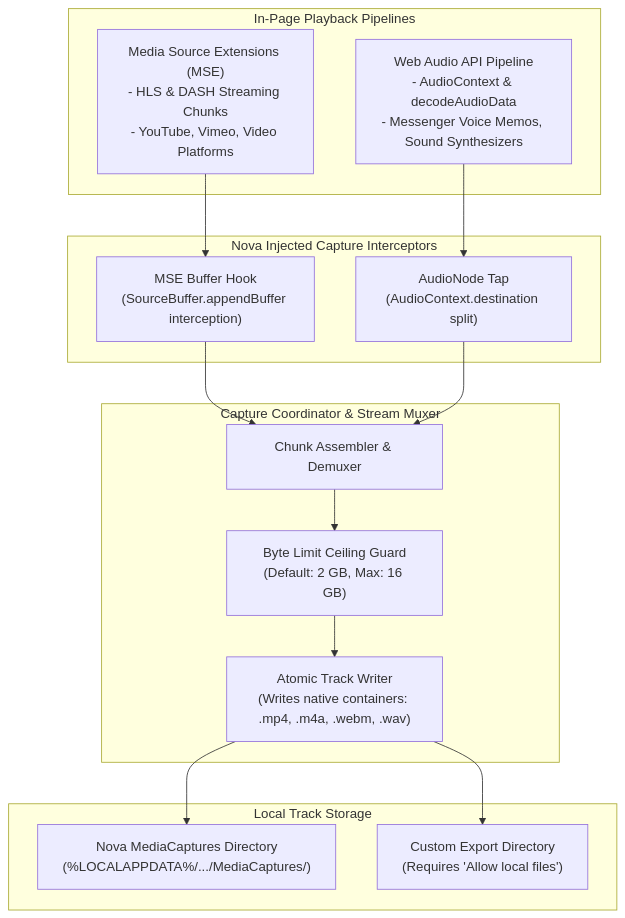
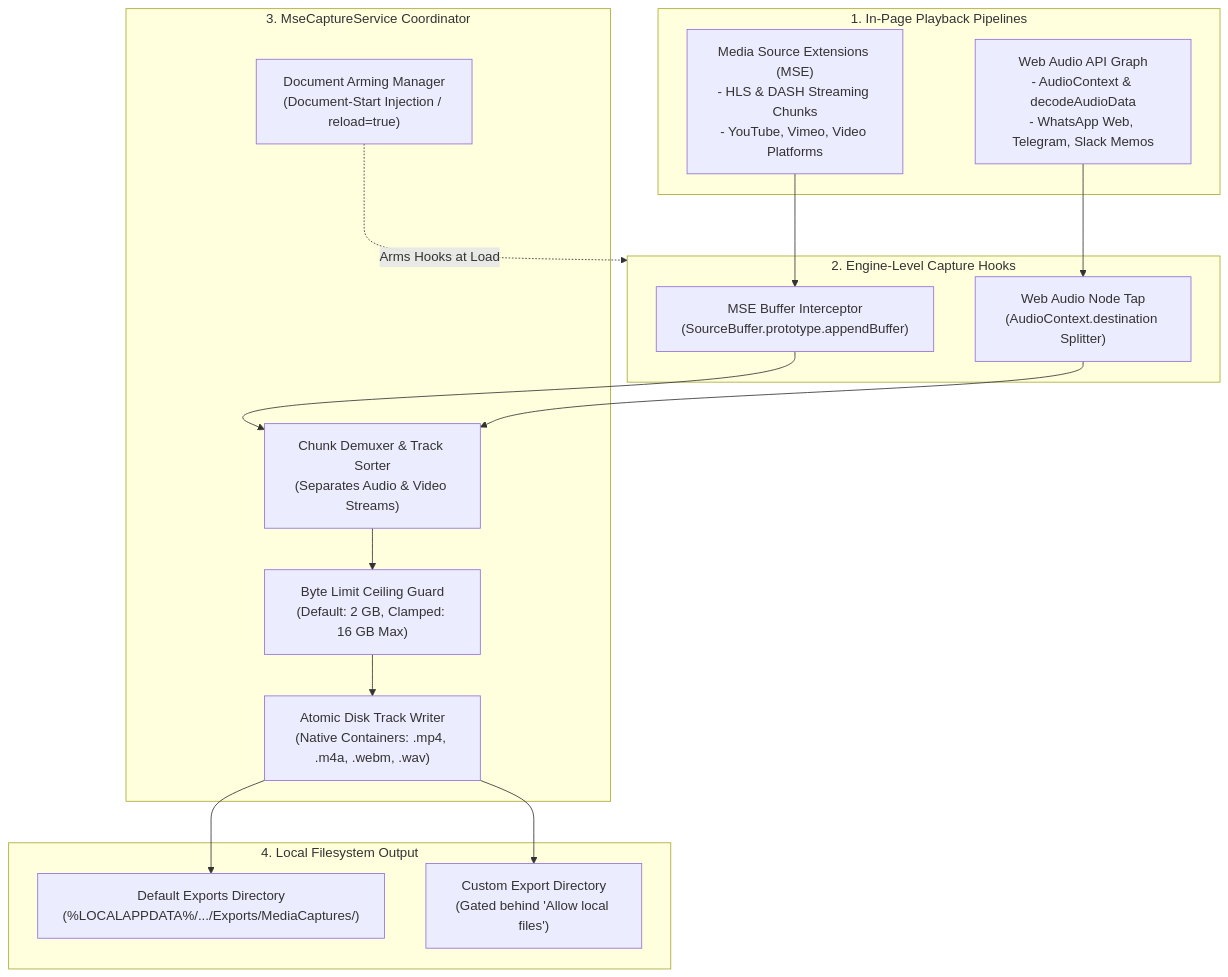
The first of 2 diagrams in docs/core-features/media-intelligence/media-capture/README.md (joelaniol/nova), drawn with Mermaid before and after one commit. The commit also changed other lines of this file and 11 other files, not shown here.

Commit message:
docs(media-intelligence): expand architectural reference with Outrider boundary, WMF decoding, crash guards, and permission provenance

````diff
--- a/docs/core-features/media-intelligence/media-capture/README.md
+++ b/docs/core-features/media-intelligence/media-capture/README.md
@@ -5,30 +5,31 @@
 ```mermaid
 flowchart TD
-    subgraph BrowserPlayback["In-Page Playback Pipelines"]
+    subgraph BrowserSurface["1. In-Page Playback Pipelines"]
         MSEStream["Media Source Extensions (MSE)\n- HLS & DASH Streaming Chunks\n- YouTube, Vimeo, Video Platforms"]
-        WebAudioStream["Web Audio API Pipeline\n- AudioContext & decodeAudioData\n- Messenger Voice Memos, Sound Synthesizers"]
+        WebAudioStream["Web Audio API Graph\n- AudioContext & decodeAudioData\n- WhatsApp Web, Telegram, Slack Memos"]
     end
 
-    subgraph CaptureHooks["Nova Injected Capture Interceptors"]
-        MSEInterceptor["MSE Buffer Hook\n(SourceBuffer.appendBuffer interception)"]
-        WebAudioInterceptor["AudioNode Tap\n(AudioContext.destination split)"]
+    subgraph Interceptors["2. Engine-Level Capture Hooks"]
+        MSEInterceptor["MSE Buffer Interceptor\n(SourceBuffer.prototype.appendBuffer)"]
+        WebAudioInterceptor["Web Audio Node Tap\n(AudioContext.destination Splitter)"]
     end
 
-    subgraph CaptureCoordinator["Capture Coordinator & Stream Muxer"]
-        BufferAssembler["Chunk Assembler & Demuxer"]
-        SizeGuard["Byte Limit Ceiling Guard\n(Default: 2 GB, Max: 16 GB)"]
-        DiskWriter["Atomic Track Writer\n(Writes native containers: .mp4, .m4a, .webm, .wav)"]
+    subgraph CaptureService["3. MseCaptureService Coordinator"]
+        ArmingManager["Document Arming Manager\n(Document-Start Injection / reload=true)"]
+        Demuxer["Chunk Demuxer & Track Sorter\n(Separates Audio & Video Streams)"]
+        ByteGuard["Byte Limit Ceiling Guard\n(Default: 2 GB, Clamped: 16 GB Max)"]
+        AtomicWriter["Atomic Disk Track Writer\n(Native Containers: .mp4, .m4a, .webm, .wav)"]
     end
 
-    subgraph OutputStorage["Local Track Storage"]
-        DefaultDir["Nova MediaCaptures Directory\n(%LOCALAPPDATA%/.../MediaCaptures/)"]
-        CustomDir["Custom Export Directory\n(Requires 'Allow local files')"]
+    subgraph StorageLayer["4. Local Filesystem Output"]
+        DefaultDir["Default Exports Directory\n(%LOCALAPPDATA%/.../Exports/MediaCaptures/)"]
+        CustomDir["Custom Export Directory\n(Gated behind 'Allow local files')"]
     end
 
-    MSEStream --> MSEInterceptor --> BufferAssembler
-    WebAudioStream --> WebAudioInterceptor --> BufferAssembler
+    MSEStream --> MSEInterceptor --> Demuxer
+    WebAudioStream --> WebAudioInterceptor --> Demuxer
 
-    BufferAssembler --> SizeGuard --> DiskWriter
-    DiskWriter --> DefaultDir
-    DiskWriter --> CustomDir
+    ArmingManager -.->|Arms Hooks at Load| Interceptors
+    Demuxer --> ByteGuard --> AtomicWriter
+    AtomicWriter --> DefaultDir & CustomDir
 ```
````
